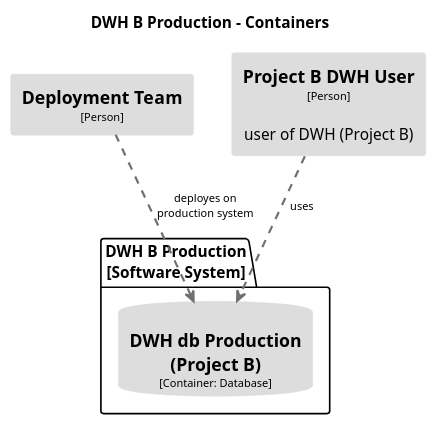
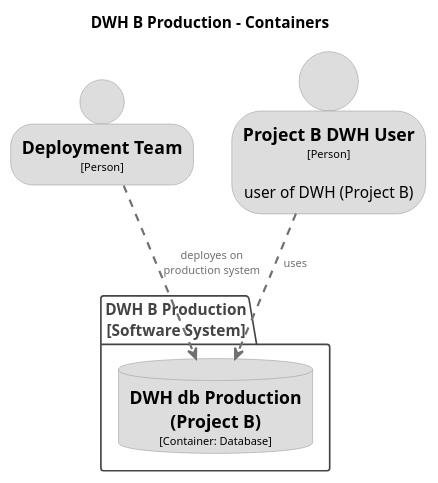
Before and after one commit to DataHandwerk/dhw-antora-docs: the diagram in docs/modules/arc/partials/c4_dsl/puml/structurizr-DWHBProduction-Container.puml, drawn with PlantUML. The commit also changed 20 other files, not shown here.

Commit message:
update architecture a bit

```diff
--- a/docs/modules/arc/partials/c4_dsl/puml/structurizr-DWHBProduction-Container.puml
+++ b/docs/modules/arc/partials/c4_dsl/puml/structurizr-DWHBProduction-Container.puml
@@ -1,35 +1,44 @@
-@startuml(id=DWHBProduction-Container)
+@startuml
 title DWH B Production - Containers
+
+top to bottom direction
 
 skinparam {
   shadowing false
   arrowFontSize 10
   defaultTextAlignment center
   wrapWidth 200
   maxMessageSize 100
 }
+
 hide stereotype
-top to bottom direction
-skinparam rectangle<<2>> {
+
+skinparam database<<DWHBProduction.DWHdbProductionProjectB>> {
   BackgroundColor #dddddd
   FontColor #000000
-  BorderColor #dddddd
+  BorderColor #9a9a9a
 }
-skinparam rectangle<<3>> {
+skinparam person<<DeploymentTeam>> {
   BackgroundColor #dddddd
   FontColor #000000
-  BorderColor #dddddd
+  BorderColor #9a9a9a
 }
-skinparam database<<29>> {
+skinparam person<<ProjectBDWHUser>> {
   BackgroundColor #dddddd
   FontColor #000000
-  BorderColor #dddddd
+  BorderColor #9a9a9a
 }
-rectangle "==Deployment Team\n<size:10>[Person]</size>" <<2>> as 2
-rectangle "==Project B DWH User\n<size:10>[Person]</size>\n\nuser of DWH (Project B)" <<3>> as 3
-package "DWH B Production\n[Software System]" {
-  database "==DWH db Production (Project B)\n<size:10>[Container: Database]</size>" <<29>> as 29
+
+person "==Deployment Team\n<size:10>[Person]</size>" <<DeploymentTeam>> as DeploymentTeam
+person "==Project B DWH User\n<size:10>[Person]</size>\n\nuser of DWH (Project B)" <<ProjectBDWHUser>> as ProjectBDWHUser
+
+package "DWH B Production\n[Software System]" <<DWHBProduction>> {
+  skinparam PackageBorderColor<<DWHBProduction>> #444444
+  skinparam PackageFontColor<<DWHBProduction>> #444444
+
+  database "==DWH db Production (Project B)\n<size:10>[Container: Database]</size>" <<DWHBProduction.DWHdbProductionProjectB>> as DWHBProduction.DWHdbProductionProjectB
 }
-2 .[#707070,thickness=2].> 29 : "deployes on production system"
-3 .[#707070,thickness=2].> 29 : "uses"
+
+DeploymentTeam .[#707070,thickness=2].> DWHBProduction.DWHdbProductionProjectB : "<color:#707070>deployes on production system"
+ProjectBDWHUser .[#707070,thickness=2].> DWHBProduction.DWHdbProductionProjectB : "<color:#707070>uses"
 @enduml
```
